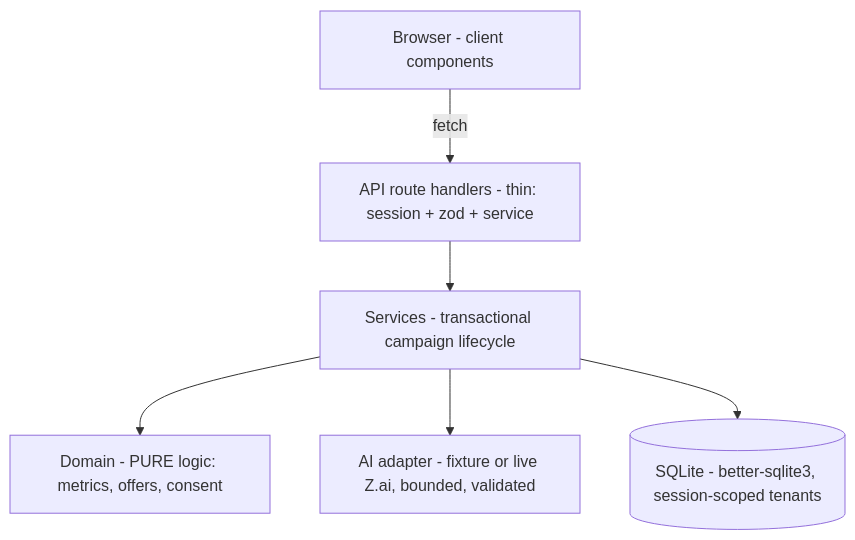
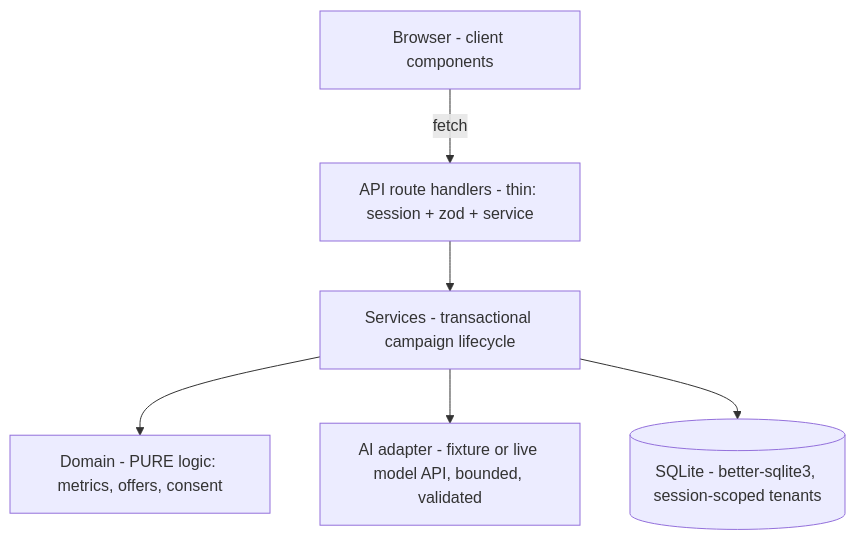
The diagram in README.md (Arya-jannawar/merchant-saathi), drawn with Mermaid before and after one commit. The commit also changed other lines of this file and 9 other files, not shown here.

````diff
--- a/README.md
+++ b/README.md
@@ -165,8 +165,8 @@
 ```mermaid
 flowchart TD
     B[Browser - client components] -->|fetch| R[API route handlers - thin: session + zod + service]
     R --> S[Services - transactional campaign lifecycle]
     S --> D[Domain - PURE logic: metrics, offers, consent]
-    S --> A[AI adapter - fixture or live Z.ai, bounded, validated]
+    S --> A[AI adapter - fixture or live model API, bounded, validated]
     S --> DB[(SQLite - better-sqlite3, session-scoped tenants)]
 ```
````
